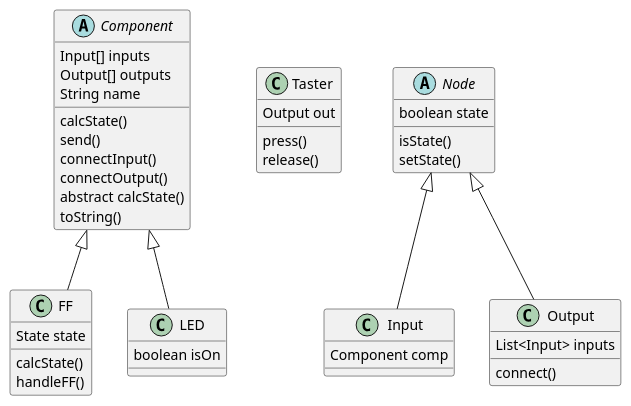
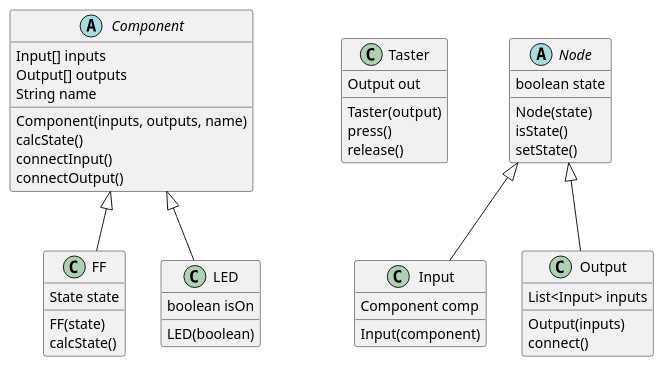
Before and after one commit to Clemenzzzzzz/2324_9183_sew5: the diagram in src/ue_00_schaltung/class.puml, drawn with PlantUML. The commit also changed 1 other file, not shown here.

Commit message:
uml improved

```diff
--- a/src/ue_00_schaltung/class.puml
+++ b/src/ue_00_schaltung/class.puml
@@ -1,72 +1,73 @@
 @startuml
 'https://plantuml.com/class-diagram
 
 /'abstract class AbstractList
 abstract AbstractCollection
 interface List
 interface Collection
 
 List <|-- AbstractList
 Collection <|-- AbstractCollection
 
 Collection <|- List
 AbstractCollection <|- AbstractList
 AbstractList <|-- ArrayList
 
 class ArrayList {
 Object[] elementData
 size()
 }'/
 
 abstract class Component {
 Input[] inputs
 Output[] outputs
 String name
+Component(inputs, outputs, name)
 calcState()
-send()
 connectInput()
 connectOutput()
-abstract calcState()
-toString()
 }
 
 class Taster{
 Output out
+Taster(output)
 press()
 release()
-
 }
 
 abstract class Node{
 boolean state
+Node(state)
 isState()
 setState()
 }
 
 
 class Input{
 Component comp
+Input(component)
 }
 
 class Output{
 List<Input> inputs
+Output(inputs)
 connect()
 }
 
 class FF{
 State state
+FF(state)
 calcState()
-handleFF()
 }
 
 class LED{
 boolean isOn
-
+LED(boolean)
 }
 
 Component <|-- FF
 
 Component <|-- LED
 Node <|-- Input
 Node <|-- Output
 @enduml
```
